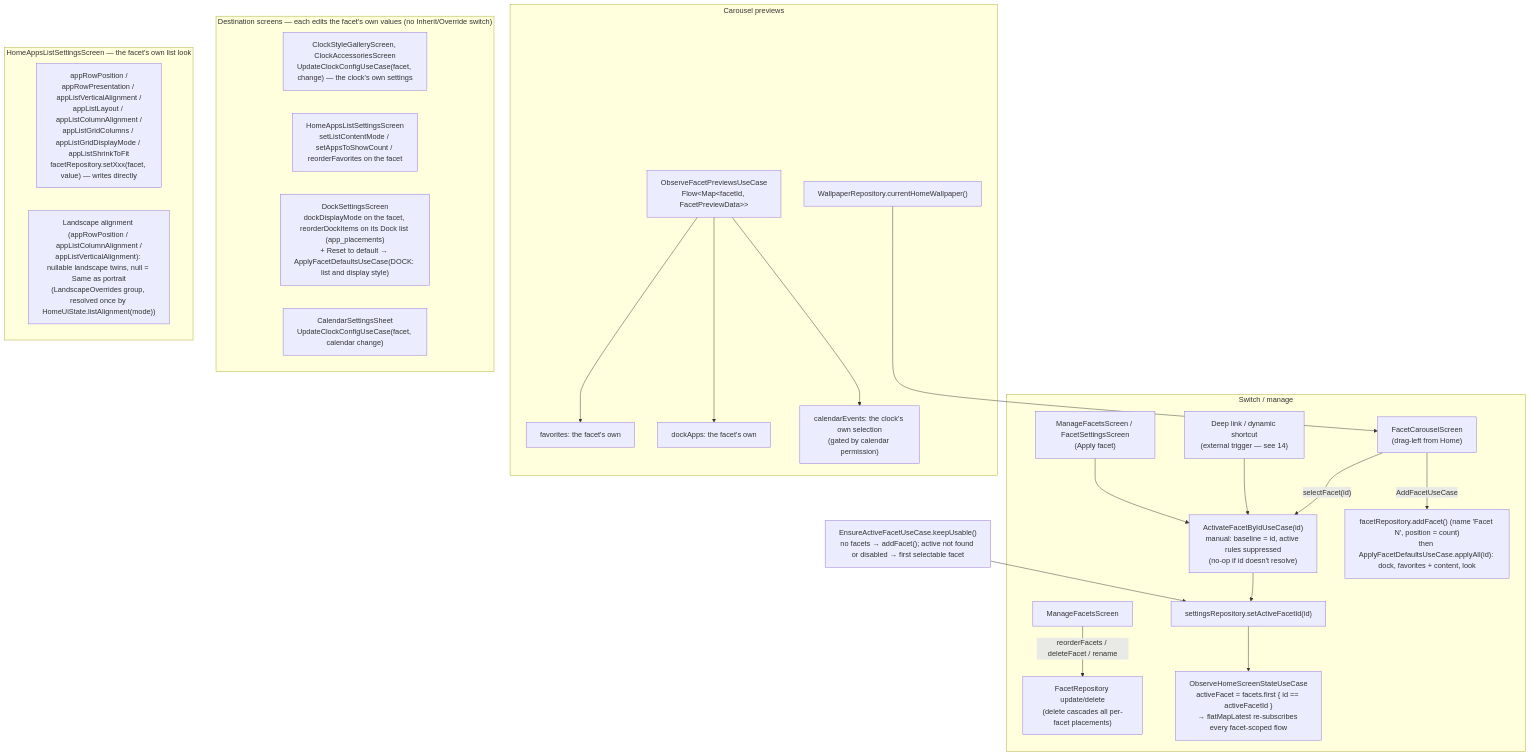
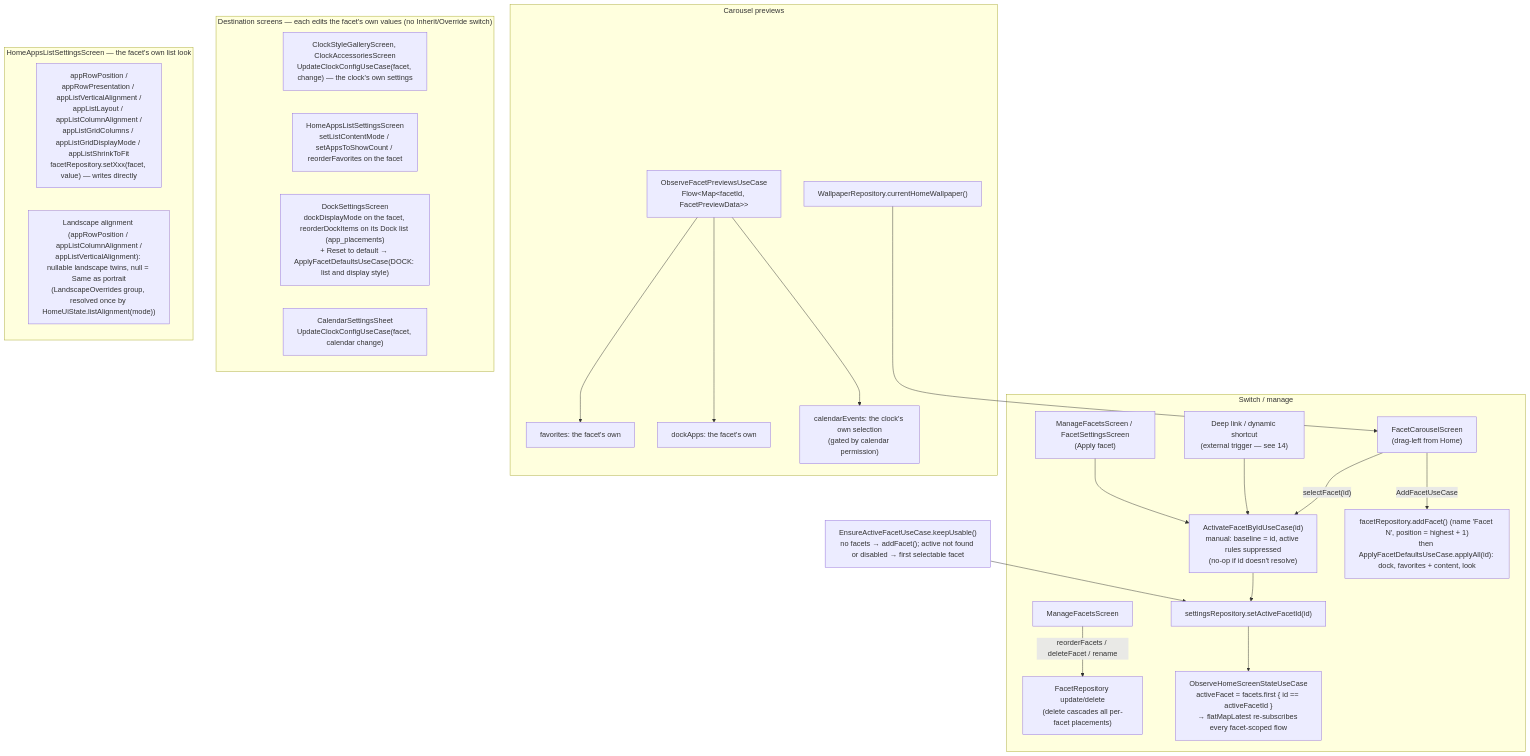
One commit to rohitganjam/facet-launcher changed the first of 5 diagrams in docs/architecture/13-flow-facets-theme-notifications-onboarding.md. Above: the diagram before and after it, drawn with Mermaid. The commit also changed other lines of this file and 38 other files, not shown here.

````diff
--- a/docs/architecture/13-flow-facets-theme-notifications-onboarding.md
+++ b/docs/architecture/13-flow-facets-theme-notifications-onboarding.md
@@ -12,30 +12,30 @@
 ```mermaid
 flowchart TB
     subgraph SWITCH["Switch / manage"]
         CAR["FacetCarouselScreen\n(drag-left from Home)"] -- "selectFacet(id)" --> UC["ActivateFacetByIdUseCase(id)\nmanual: baseline = id, active rules suppressed\n(no-op if id doesn't resolve)"]
         EXT["Deep link / dynamic shortcut\n(external trigger — see 14)"] --> UC
         MANA["ManageFacetsScreen / FacetSettingsScreen\n(Apply facet)"] --> UC
         UC --> S1["settingsRepository.setActiveFacetId(id)"]
-        CAR -- "AddFacetUseCase" --> S2["facetRepository.addFacet() (name 'Facet N', position = count)\nthen ApplyFacetDefaultsUseCase.applyAll(id): dock, favorites + content, look"]
+        CAR -- "AddFacetUseCase" --> S2["facetRepository.addFacet() (name 'Facet N', position = highest + 1)\nthen ApplyFacetDefaultsUseCase.applyAll(id): dock, favorites + content, look"]
         MAN["ManageFacetsScreen"] -- "reorderFacets / deleteFacet / rename" --> S3["FacetRepository update/delete\n(delete cascades all per-facet placements)"]
         S1 --> HOME["ObserveHomeScreenStateUseCase\nactiveFacet = facets.first { id == activeFacetId }\n→ flatMapLatest re-subscribes every facet-scoped flow"]
     end
     subgraph PREVIEW["Carousel previews"]
         OFP["ObserveFacetPreviewsUseCase\nFlow&lt;Map&lt;facetId, FacetPreviewData&gt;&gt;"]
         OFP --> P1["favorites: the facet's own"]
         OFP --> P2["dockApps: the facet's own"]
         OFP --> P3["calendarEvents: the clock's own selection\n(gated by calendar permission)"]
         WP["WallpaperRepository.currentHomeWallpaper()"] --> CAR
     end
     subgraph OWN["Destination screens — each edits the facet's own values (no Inherit/Override switch)"]
         C1["ClockStyleGalleryScreen, ClockAccessoriesScreen\nUpdateClockConfigUseCase(facet, change) — the clock's own settings"]
         C2["HomeAppsListSettingsScreen\nsetListContentMode / setAppsToShowCount / reorderFavorites on the facet"]
         C3["DockSettingsScreen\ndockDisplayMode on the facet, reorderDockItems on its Dock list (app_placements)\n+ Reset to default → ApplyFacetDefaultsUseCase(DOCK: list and display style)"]
         C4["CalendarSettingsSheet\nUpdateClockConfigUseCase(facet, calendar change)"]
     end
     subgraph LOOK["HomeAppsListSettingsScreen — the facet's own list look"]
         A1["appRowPosition /\nappRowPresentation / appListVerticalAlignment /\nappListLayout / appListColumnAlignment /\nappListGridColumns / appListGridDisplayMode / appListShrinkToFit\nfacetRepository.setXxx(facet, value) — writes directly"]
         A3["Landscape alignment (appRowPosition / appListColumnAlignment /\nappListVerticalAlignment): nullable landscape twins, null = Same as portrait\n(LandscapeOverrides group, resolved once by HomeUiState.listAlignment(mode))"]
     end
     EAF["EnsureActiveFacetUseCase.keepUsable()\nno facets → addFacet(); active not found or disabled → first selectable facet"] --> S1
 ```
````
